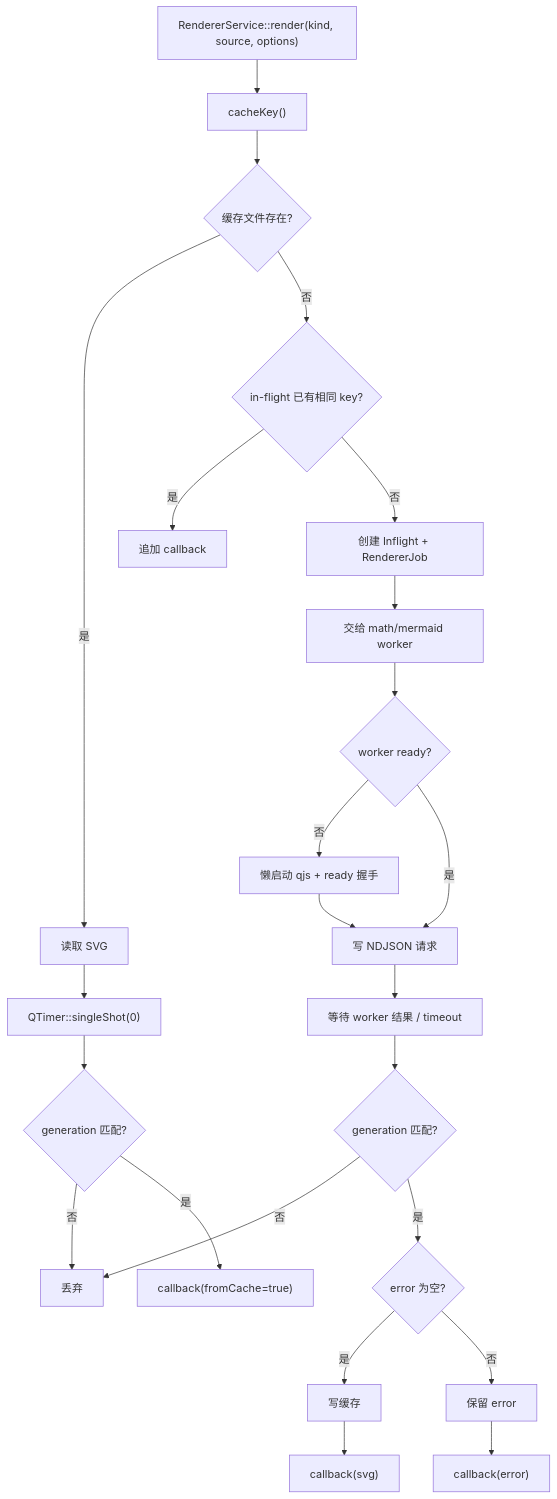
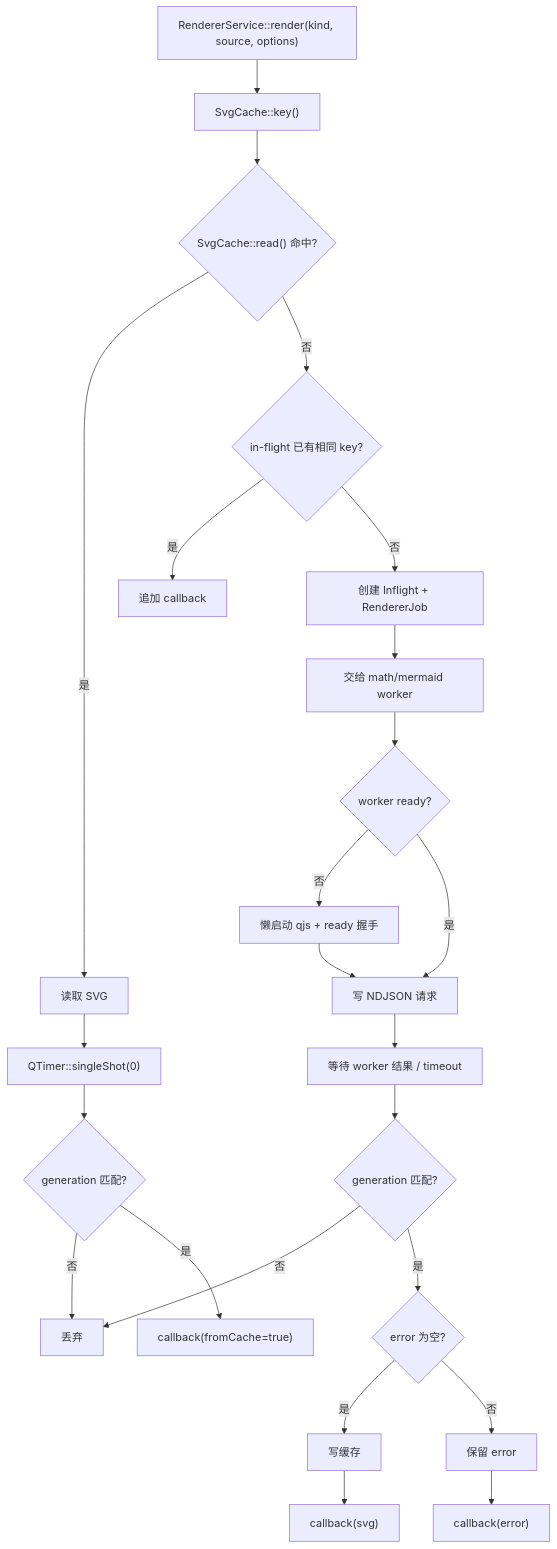
The third of 9 diagrams in docs/FLOW.md (iLogIng/qt-rich-text-renderer), drawn with Mermaid before and after one commit. The commit also changed other lines of this file and 3 other files, not shown here.

````diff
--- a/docs/FLOW.md
+++ b/docs/FLOW.md
@@ -99,28 +100,28 @@
 ```mermaid
 flowchart TD
-    A["RendererService::render(kind, source, options)"] --> B["cacheKey()"]
-    B --> C{"缓存文件存在?"}
+    A["RendererService::render(kind, source, options)"] --> B["SvgCache::key()"]
+    B --> C{"SvgCache::read() 命中?"}
 
     C -- 是 --> D["读取 SVG"]
     D --> E["QTimer::singleShot(0)"]
     E --> F{"generation 匹配?"}
     F -- 否 --> X["丢弃"]
     F -- 是 --> G["callback(fromCache=true)"]
 
     C -- 否 --> H{"in-flight 已有相同 key?"}
     H -- 是 --> I["追加 callback"]
     H -- 否 --> J["创建 Inflight + RendererJob"]
     J --> K["交给 math/mermaid worker"]
     K --> L{"worker ready?"}
     L -- 否 --> M["懒启动 qjs + ready 握手"]
     L -- 是 --> N["写 NDJSON 请求"]
     M --> N
     N --> O["等待 worker 结果 / timeout"]
     O --> P{"generation 匹配?"}
     P -- 否 --> X
     P -- 是 --> Q{"error 为空?"}
     Q -- 是 --> R["写缓存"]
     Q -- 否 --> S["保留 error"]
     R --> T["callback(svg)"]
     S --> U["callback(error)"]
 ```
````
